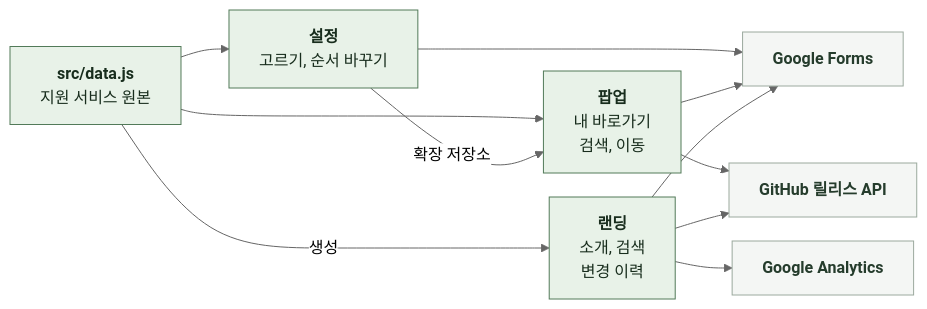
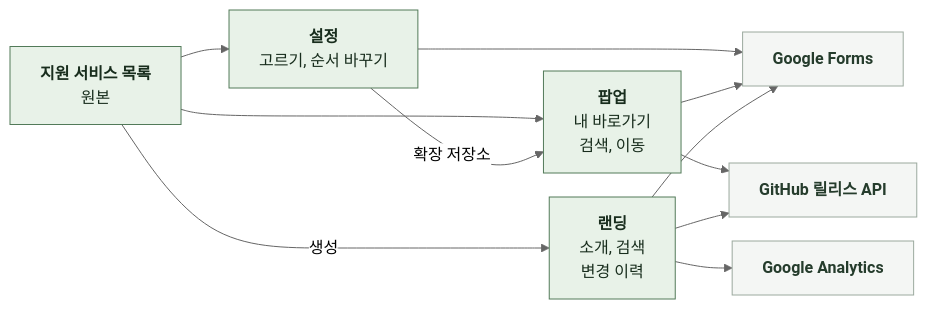
Before and after one commit to kangkyunghyun/LinKHU: the diagram in docs/spec/README.md, drawn with Mermaid (neutral theme). The commit also changed other lines of this file and 23 other files, not shown here.

````diff
--- a/docs/spec/README.md
+++ b/docs/spec/README.md
@@ -7,25 +7,25 @@
 ```mermaid
 %%{init: {"flowchart": {"curve": "basis", "nodeSpacing": 24, "rankSpacing": 48}}}%%
 flowchart LR
-    D["`**src/data.js**
-지원 서비스 원본`"]
+    D["`**지원 서비스 목록**
+원본`"]
     D --> O["`**설정**
 고르기, 순서 바꾸기`"]
     D --> P["`**팝업**
 내 바로가기
 검색, 이동`"]
     D -->|생성| L["`**랜딩**
 소개, 검색
 변경 이력`"]
     O -->|확장 저장소| P
     O --> F["`**Google Forms**`"]
     P --> F
     P --> G["`**GitHub 릴리스 API**`"]
     L --> F
     L --> G
     L --> A["`**Google Analytics**`"]
     classDef comp fill:#E8F2E8,stroke:#527A59,color:#182D1D
     classDef ext fill:#F4F6F4,stroke:#9BA99E,color:#253C2C
     class D,P,O,L comp
     class G,F,A ext
 ```
````
